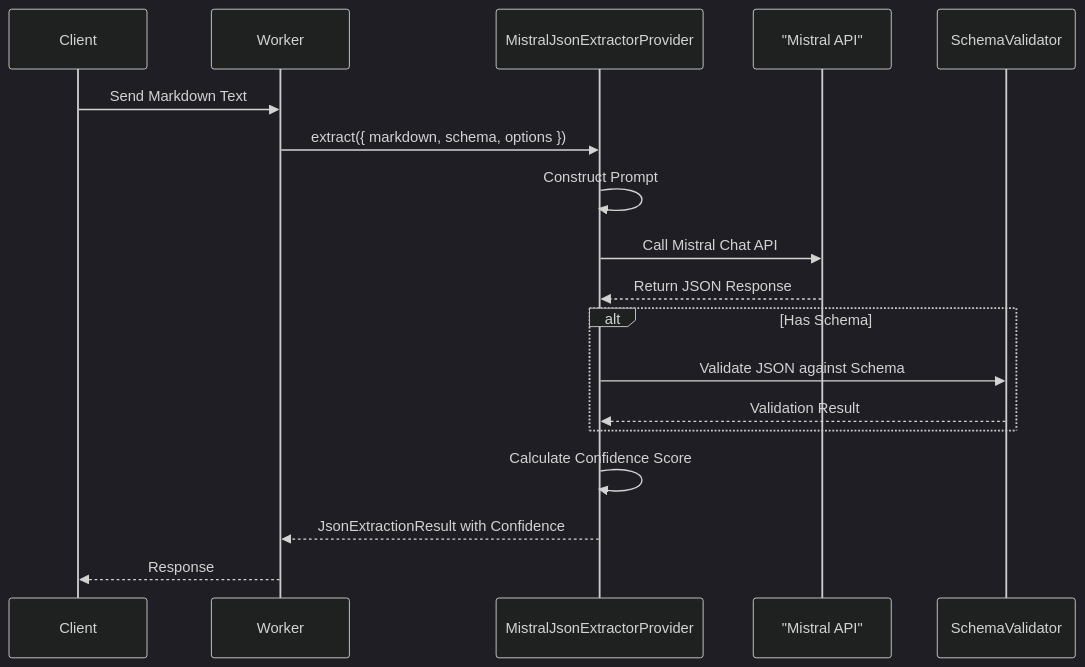
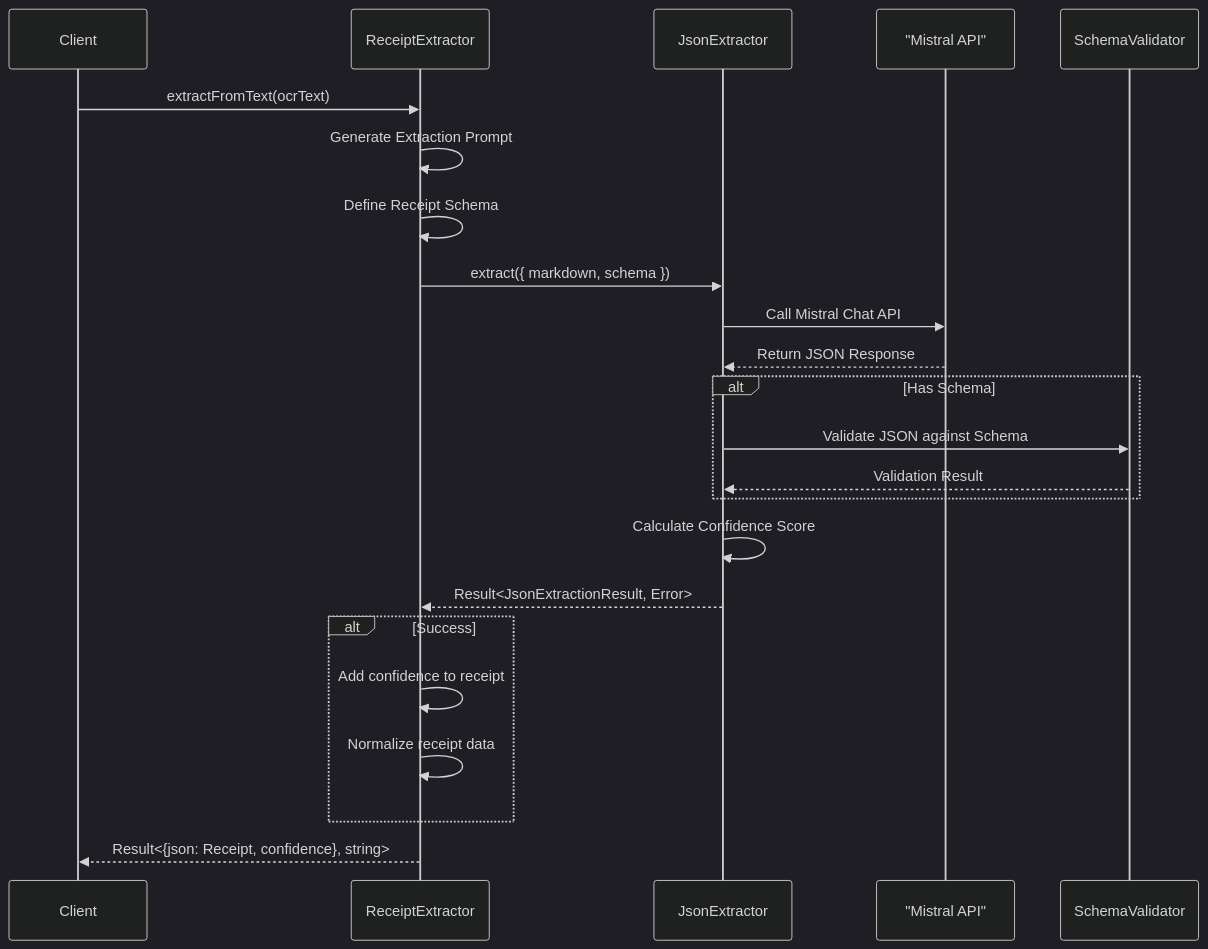
One commit to o2alexanderfedin/OCRChecksServer-demo changed the second of 2 diagrams in docs/json-extraction.md. Above: the diagram before and after it, drawn with Mermaid (dark theme). The commit also changed other lines of this file and 1 other file, not shown here.

First line of the commit message:
fix: update receipt-extractor to use JsonExtractor interface and fix schema inconsistencies

````diff
--- a/docs/json-extraction.md
+++ b/docs/json-extraction.md
@@ -246,23 +345,30 @@
 ```mermaid
 sequenceDiagram
     participant Client
-    participant Worker
-    participant MistralJsonExtractorProvider
+    participant ReceiptExtractor
+    participant JsonExtractor
     participant MistralAPI as "Mistral API"
     participant SchemaValidator
 
-    Client->>Worker: Send Markdown Text
-    Worker->>MistralJsonExtractorProvider: extract({ markdown, schema, options })
-    MistralJsonExtractorProvider->>MistralJsonExtractorProvider: Construct Prompt
-    MistralJsonExtractorProvider->>MistralAPI: Call Mistral Chat API
-    MistralAPI-->>MistralJsonExtractorProvider: Return JSON Response
+    Client->>ReceiptExtractor: extractFromText(ocrText)
+    ReceiptExtractor->>ReceiptExtractor: Generate Extraction Prompt
+    ReceiptExtractor->>ReceiptExtractor: Define Receipt Schema
+    ReceiptExtractor->>JsonExtractor: extract({ markdown, schema })
+    JsonExtractor->>MistralAPI: Call Mistral Chat API
+    MistralAPI-->>JsonExtractor: Return JSON Response
     
     alt Has Schema
-        MistralJsonExtractorProvider->>SchemaValidator: Validate JSON against Schema
-        SchemaValidator-->>MistralJsonExtractorProvider: Validation Result
+        JsonExtractor->>SchemaValidator: Validate JSON against Schema
+        SchemaValidator-->>JsonExtractor: Validation Result
     end
     
-    MistralJsonExtractorProvider->>MistralJsonExtractorProvider: Calculate Confidence Score
-    MistralJsonExtractorProvider-->>Worker: JsonExtractionResult with Confidence
-    Worker-->>Client: Response
+    JsonExtractor->>JsonExtractor: Calculate Confidence Score
+    JsonExtractor-->>ReceiptExtractor: Result<JsonExtractionResult, Error>
+    
+    alt Success
+        ReceiptExtractor->>ReceiptExtractor: Add confidence to receipt
+        ReceiptExtractor->>ReceiptExtractor: Normalize receipt data
+    end
+    
+    ReceiptExtractor-->>Client: Result<{json: Receipt, confidence}, string>
 ```
````
